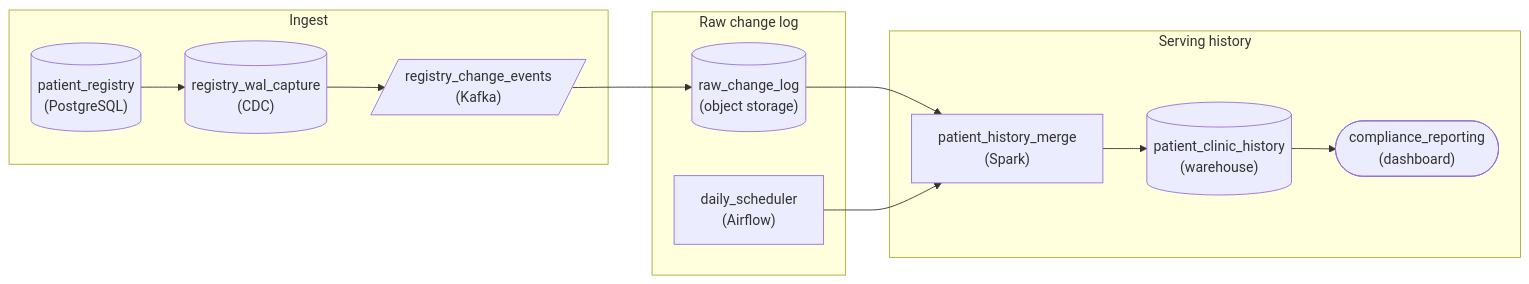
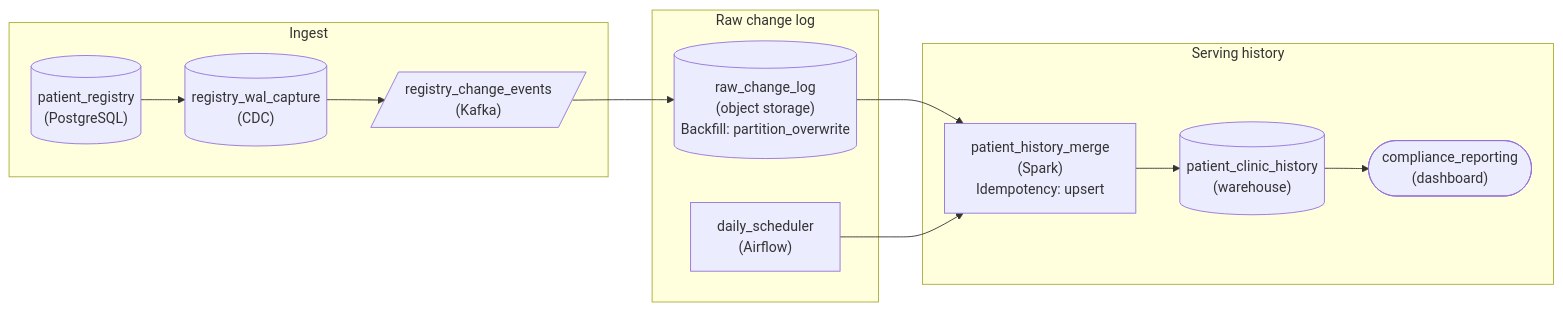
Before and after one commit to Dulain-Willis/study-helper: the second of 3 diagrams in lesson_preview/interview/architecture/pipeline_keeping_data_fresh_intermediate.md, drawn with Mermaid. The commit also changed 26 other files, not shown here.

First line of the commit message:
Mermaid diagrams: show tags and extra values inside each node (#43)

````diff
--- a/lesson_preview/interview/architecture/pipeline_keeping_data_fresh_intermediate.md
+++ b/lesson_preview/interview/architecture/pipeline_keeping_data_fresh_intermediate.md
@@ -698,24 +698,24 @@
 ```mermaid
 flowchart LR
     subgraph L0["Ingest"]
         n0[("patient_registry<br/>(PostgreSQL)")]
         n1[("registry_wal_capture<br/>(CDC)")]
         n2[/"registry_change_events<br/>(Kafka)"/]
     end
     subgraph L1["Raw change log"]
-        n3[("raw_change_log<br/>(object storage)")]
+        n3[("raw_change_log<br/>(object storage)<br/>Backfill: partition_overwrite")]
         n4["daily_scheduler<br/>(Airflow)"]
     end
     subgraph L2["Serving history"]
-        n5["patient_history_merge<br/>(Spark)"]
+        n5["patient_history_merge<br/>(Spark)<br/>Idempotency: upsert"]
         n6[("patient_clinic_history<br/>(warehouse)")]
         n7(["compliance_reporting<br/>(dashboard)"])
     end
     n0 --> n1
     n1 --> n2
     n2 --> n3
     n3 --> n5
     n4 --> n5
     n5 --> n6
     n6 --> n7
 ```
````
